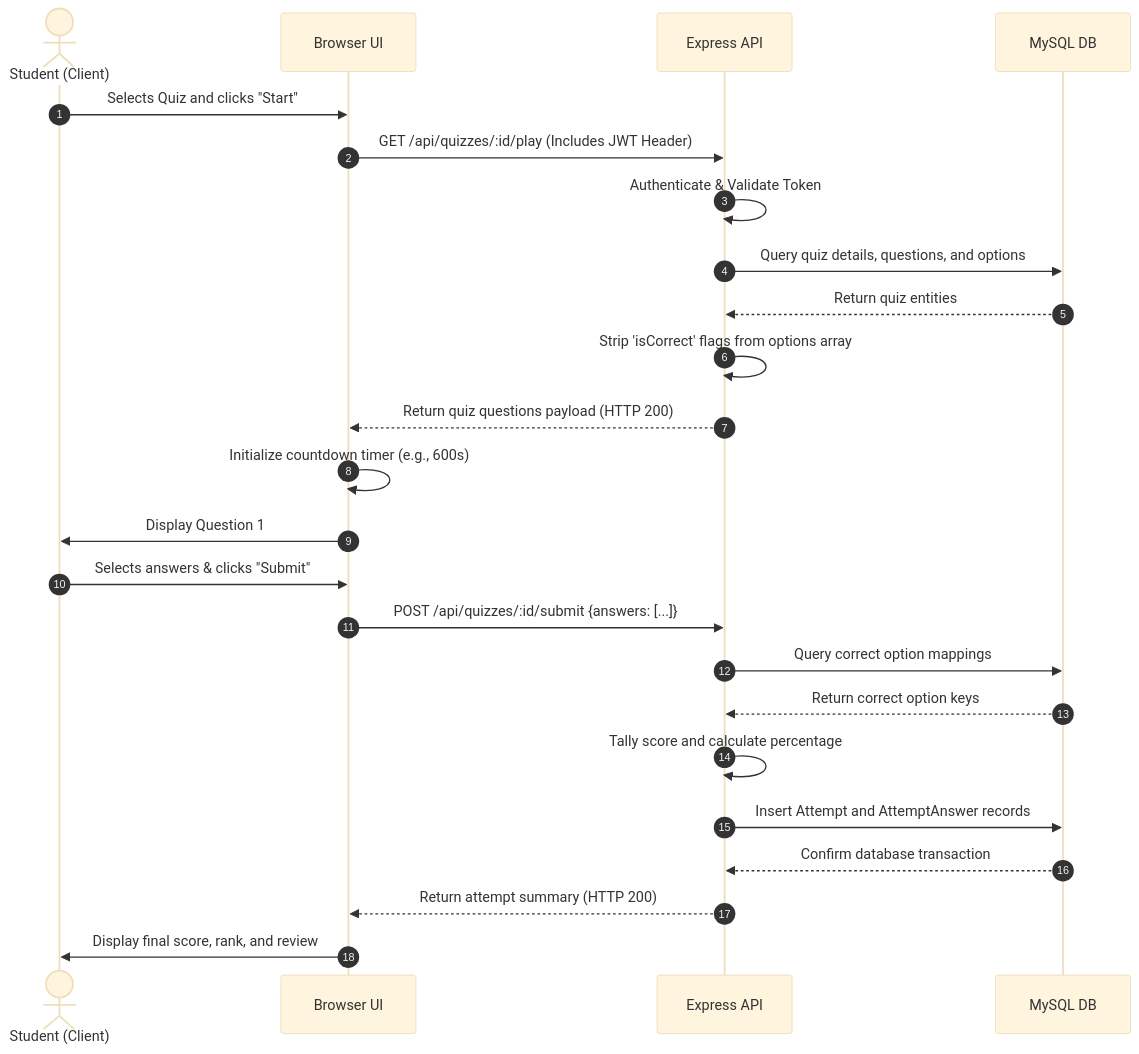
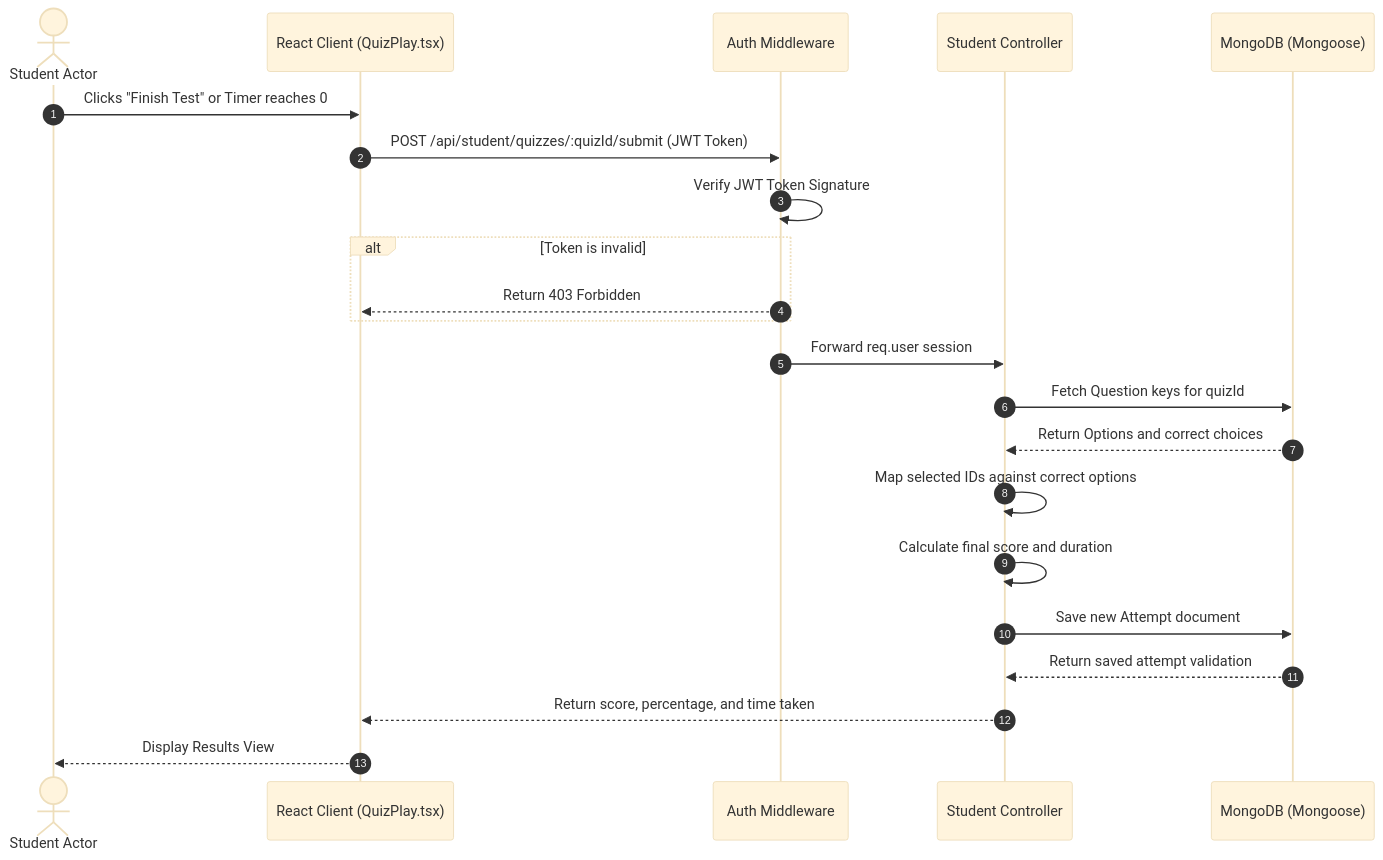
One commit to vidurapriyadarshana/SDGP_CW changed the fourth of 5 diagrams in docs/assignment/individual_report.md. Above: the diagram before and after it, drawn with Mermaid (base theme). The commit also changed other lines of this file and 7 other files, not shown here.

Commit message:
docs: initialize assignment report templates and guidelines and add QuizPlay page component

````diff
--- a/docs/assignment/individual_report.md
+++ b/docs/assignment/individual_report.md
@@ -418,27 +359,25 @@
 ```mermaid
 sequenceDiagram
     autonumber
-    actor Student as Student (Client)
-    participant UI as Browser UI
-    participant API as Express API
-    participant DB as MySQL DB
+    actor Student as Student Actor
+    participant Client as React Client (QuizPlay.tsx)
+    participant Auth as Auth Middleware
+    participant Controller as Student Controller
+    participant DB as MongoDB (Mongoose)
 
-    Student->>UI: Selects Quiz and clicks "Start"
-    UI->>API: GET /api/quizzes/:id/play (Includes JWT Header)
-    API->>API: Authenticate & Validate Token
-    API->>DB: Query quiz details, questions, and options
-    DB-->>API: Return quiz entities
-    API->>API: Strip 'isCorrect' flags from options array
-    API-->>UI: Return quiz questions payload (HTTP 200)
-    UI->>UI: Initialize countdown timer (e.g., 600s)
-    UI->>Student: Display Question 1
-    Student->>UI: Selects answers & clicks "Submit"
-    UI->>API: POST /api/quizzes/:id/submit {answers: [...]}
-    API->>DB: Query correct option mappings
-    DB-->>API: Return correct option keys
-    API->>API: Tally score and calculate percentage
-    API->>DB: Insert Attempt and AttemptAnswer records
-    DB-->>API: Confirm database transaction
-    API-->>UI: Return attempt summary (HTTP 200)
-    UI->>Student: Display final score, rank, and review
+    Student->>Client: Clicks "Finish Test" or Timer reaches 0
+    Client->>Auth: POST /api/student/quizzes/:quizId/submit (JWT Token)
+    Auth->>Auth: Verify JWT Token Signature
+    alt Token is invalid
+        Auth-->>Client: Return 403 Forbidden
+    end
+    Auth->>Controller: Forward req.user session
+    Controller->>DB: Fetch Question keys for quizId
+    DB-->>Controller: Return Options and correct choices
+    Controller->>Controller: Map selected IDs against correct options
+    Controller->>Controller: Calculate final score and duration
+    Controller->>DB: Save new Attempt document
+    DB-->>Controller: Return saved attempt validation
+    Controller-->>Client: Return score, percentage, and time taken
+    Client-->>Student: Display Results View
 ```
````
